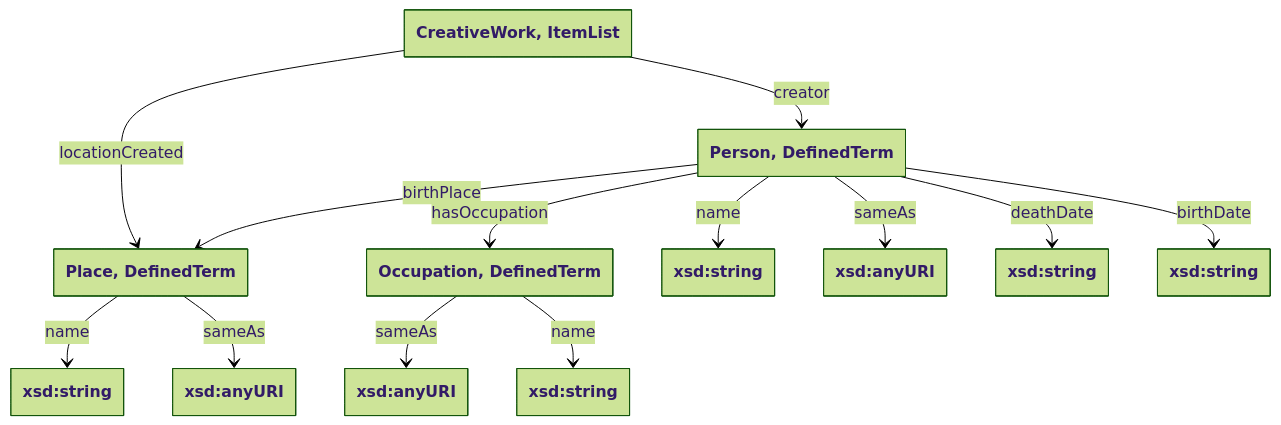
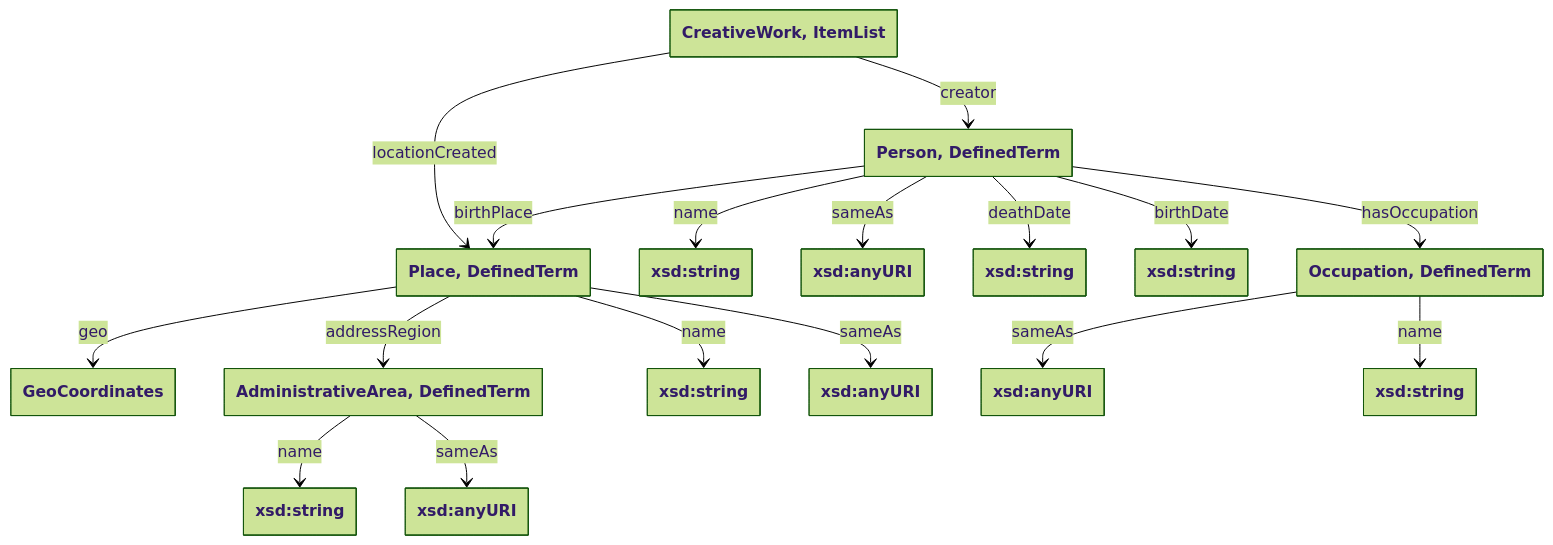
Before and after one commit to collectienederland/schema-profile: the second of 5 diagrams in README.md, drawn with Mermaid. The commit also changed other lines of this file, not shown here.

````diff
--- a/README.md
+++ b/README.md
@@ -88,35 +130,45 @@
 ```mermaid
 ---
   config:
     theme: forest
     class:
       hideEmptyMembersBox: true
 ---
 classDiagram
 class creativework["CreativeWork, ItemList"]
 class place["Place, DefinedTerm"]
-class person["Person, DefinedTerm"]
-class occupation["Occupation, DefinedTerm"]
-
+class geocoor["GeoCoordinates"]
+class adminarea["AdministrativeArea, DefinedTerm"]
 class lit_3["xsd:string"]
 class lit_4["xsd:anyURI"]
+class lit_31["xsd:string"]
+class lit_32["xsd:anyURI"]
+creativework --> place: locationCreated
+place --> lit_3: name
+place --> lit_4: sameAs
+place --> geocoor: geo
+place --> adminarea: addressRegion
+adminarea --> lit_31: name
+adminarea --> lit_32: sameAs
+
+class person["Person, DefinedTerm"]
 class lit_5["xsd:string"]
 class lit_6["xsd:anyURI"]
 class lit_7["xsd:string"]
 class lit_8["xsd:string"]
 class lit_15["xsd:anyURI"]
 class lit_16["xsd:string"]
-
-creativework --> place: locationCreated
-place --> lit_3: name
-place --> lit_4: sameAs
 creativework --> person: creator
 person --> lit_5: name
 person --> lit_6: sameAs
 person --> lit_7: deathDate
 person --> lit_8: birthDate
 person --> place: birthPlace
+
+class occupation["Occupation, DefinedTerm"]
+class lit_15["xsd:anyURI"]
+class lit_16["xsd:string"]
 person --> occupation: hasOccupation
 occupation --> lit_15: sameAs
 occupation --> lit_16: name
 ```
````
